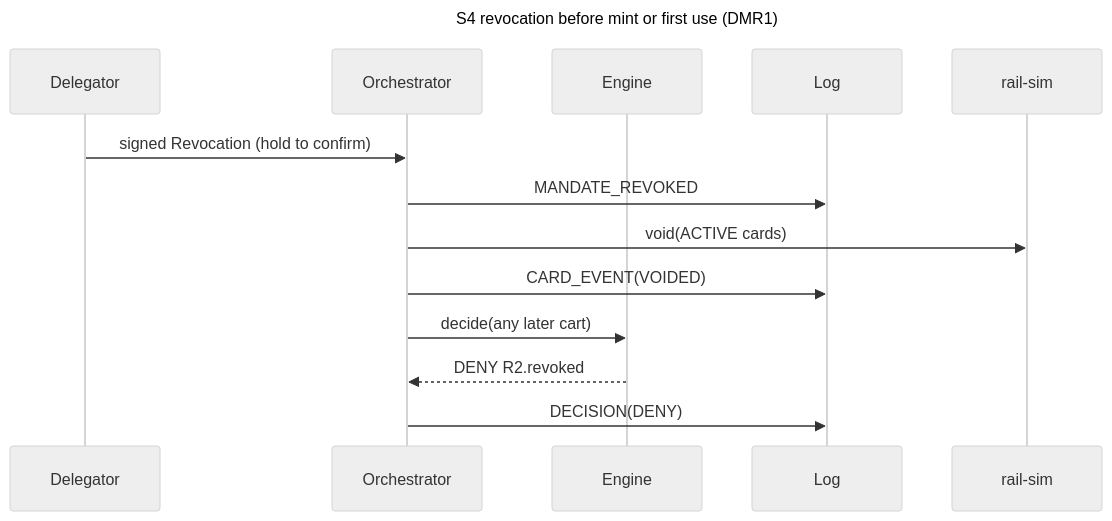
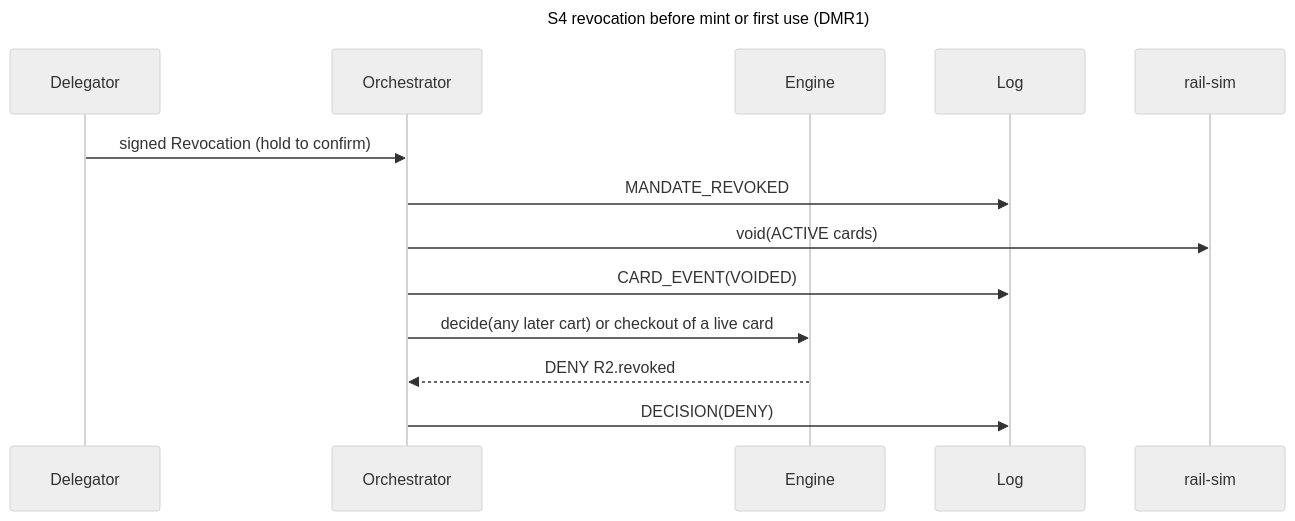
The eighth of 10 diagrams in docs/02-architecture.md (Leocthl/wally), drawn with Mermaid (neutral theme) before and after one commit. The commit also changed other lines of this file, not shown here.

Commit message:
docs: architecture in line with the orchestrator, executor, verifier step 9, two local models and on-device mode

````diff
--- a/docs/02-architecture.md
+++ b/docs/02-architecture.md
@@ -150,16 +171,16 @@
 ```mermaid
 sequenceDiagram
   title S4 revocation before mint or first use (DMR1)
   participant D as Delegator
   participant O as Orchestrator
   participant E as Engine
   participant L as Log
   participant R as rail-sim
   D->>O: signed Revocation (hold to confirm)
   O->>L: MANDATE_REVOKED
   O->>R: void(ACTIVE cards)
   O->>L: CARD_EVENT(VOIDED)
-  O->>E: decide(any later cart)
+  O->>E: decide(any later cart) or checkout of a live card
   E-->>O: DENY R2.revoked
   O->>L: DECISION(DENY)
 ```
````
